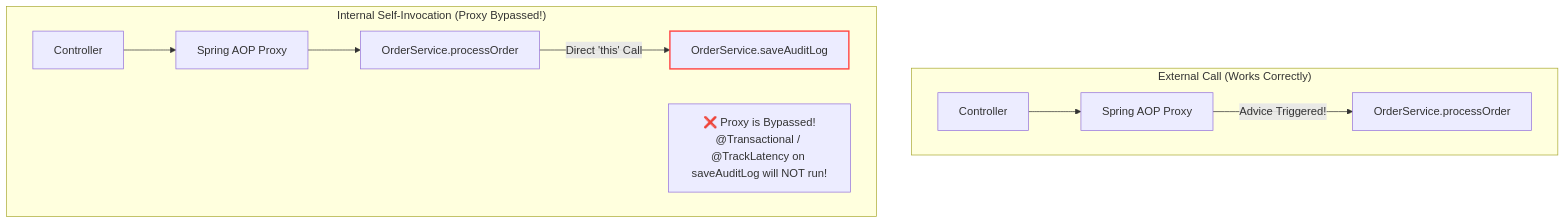
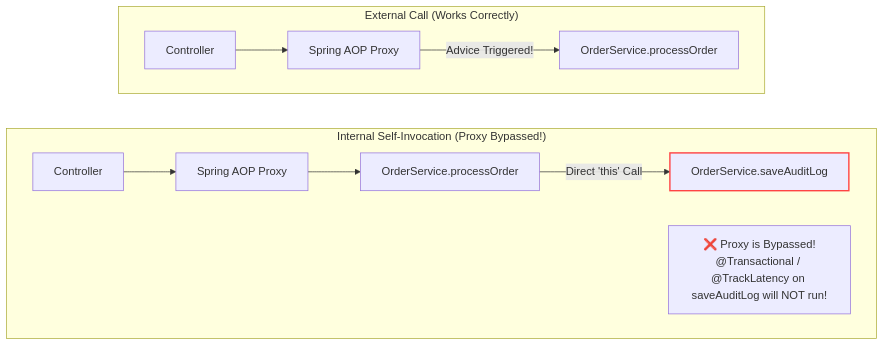
The third of 4 diagrams in docs/lessons/0004-aspect-oriented-programming-aop.md (Rohit1024/spring-boot-mastery), drawn with Mermaid before and after one commit. The commit also changed other lines of this file and 42 other files, not shown here.

````diff
--- a/docs/lessons/0004-aspect-oriented-programming-aop.md
+++ b/docs/lessons/0004-aspect-oriented-programming-aop.md
@@ -165,15 +165,17 @@
 ``` mermaid
 flowchart TD
     subgraph ScenarioA["External Call (Works Correctly)"]
         ClientA[Controller] --> ProxyA[Spring AOP Proxy]
         ProxyA -->|Advice Triggered!| TargetA[OrderService.processOrder]
     end
 
     subgraph ScenarioB["Internal Self-Invocation (Proxy Bypassed!)"]
         ClientB[Controller] --> ProxyB[Spring AOP Proxy]
         ProxyB --> TargetB[OrderService.processOrder]
         TargetB -->|Direct 'this' Call| Inner[OrderService.saveAuditLog]
         style Inner stroke:#f44,stroke-width:2px;
         noteInner["❌ Proxy is Bypassed!<br/>@Transactional / @TrackLatency on saveAuditLog will NOT run!"]
     end
+
+    ScenarioA ~~~ ScenarioB
 ```
````
